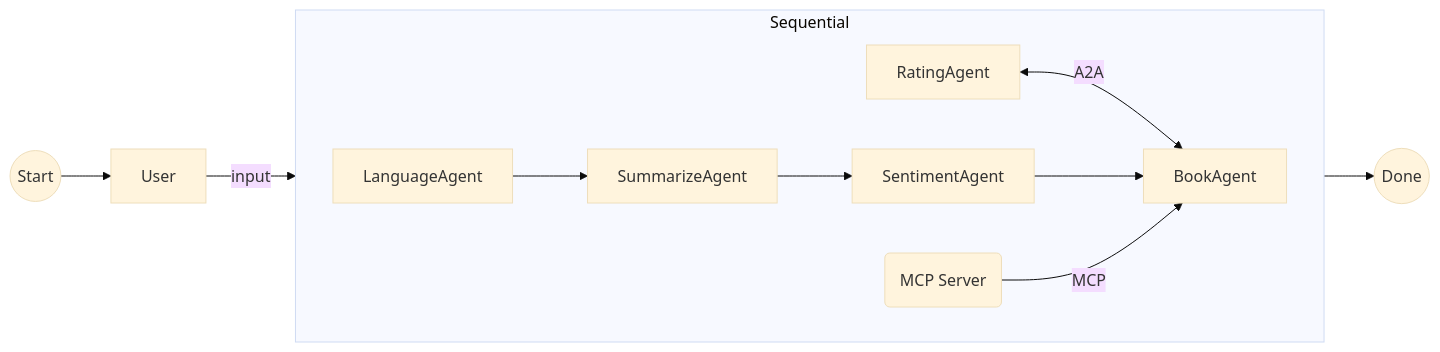
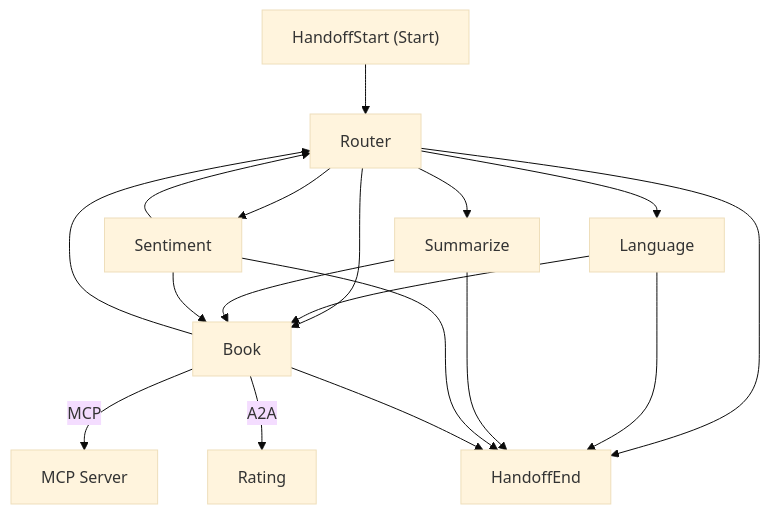
The diagram in docs/eventcatalog/domains/Store/subdomains/Catalog/services/ChatService/queries/ChatStream/index.mdx (foxminchan/BookWorm), drawn with Mermaid (base theme) before and after one commit. The commit also changed 23 other files, not shown here.

````diff
--- a/docs/eventcatalog/domains/Store/subdomains/Catalog/services/ChatService/queries/ChatStream/index.mdx
+++ b/docs/eventcatalog/domains/Store/subdomains/Catalog/services/ChatService/queries/ChatStream/index.mdx
@@ -32,22 +32,34 @@
 ```mermaid
-flowchart LR
- subgraph G["Sequential"]
-    direction LR
-        E["SummarizeAgent"]
-        D["LanguageAgent"]
-        n1["SentimentAgent"]
-       V1["RatingAgent"]
-       V2["BookAgent"]
-       n2["MCP Server"]
-  end
-    O(("Start")) --> A["User"]
-    A -- input --> G
-    D --> E
-    E --> n1
-    V1 <-- A2A --> V2
-    n1 --> V2
-    n2 -- MCP --> V2
-    G --> n3(("Done"))
+flowchart TD
+  HandoffStart["HandoffStart (Start)"]
+  Router["Router"]
+  Language["Language"]
+  Summarize["Summarize"]
+  Sentiment["Sentiment"]
+  Book["Book"]
+  Rating["Rating"]
+  MCP["MCP Server"]
+  HandoffEnd["HandoffEnd"]
 
-    n2@{ shape: rounded}
+  HandoffStart --> Router
+  Router --> Language
+  Router --> Summarize
+  Router --> Sentiment
+  Router --> Book
+  Router --> HandoffEnd
+
+  Language --> Book
+  Language --> HandoffEnd
+
+  Summarize --> Book
+  Summarize --> HandoffEnd
+
+  Sentiment --> Book
+  Sentiment --> Router
+  Sentiment --> HandoffEnd
+
+  Book --MCP--> MCP
+  Book --A2A--> Rating
+  Book --> Router
+  Book --> HandoffEnd
 ```
````
